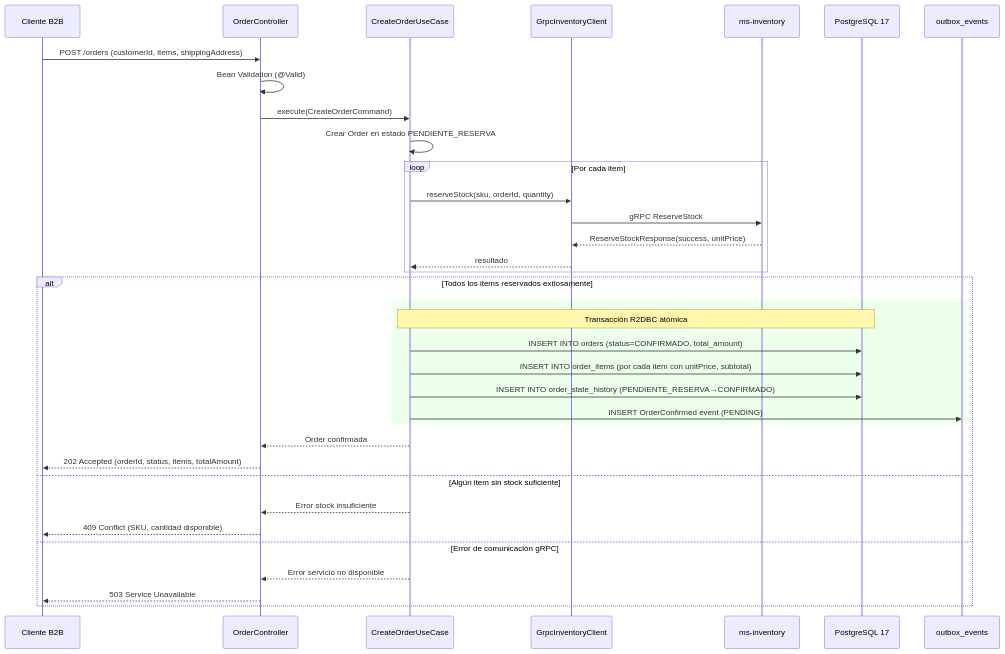
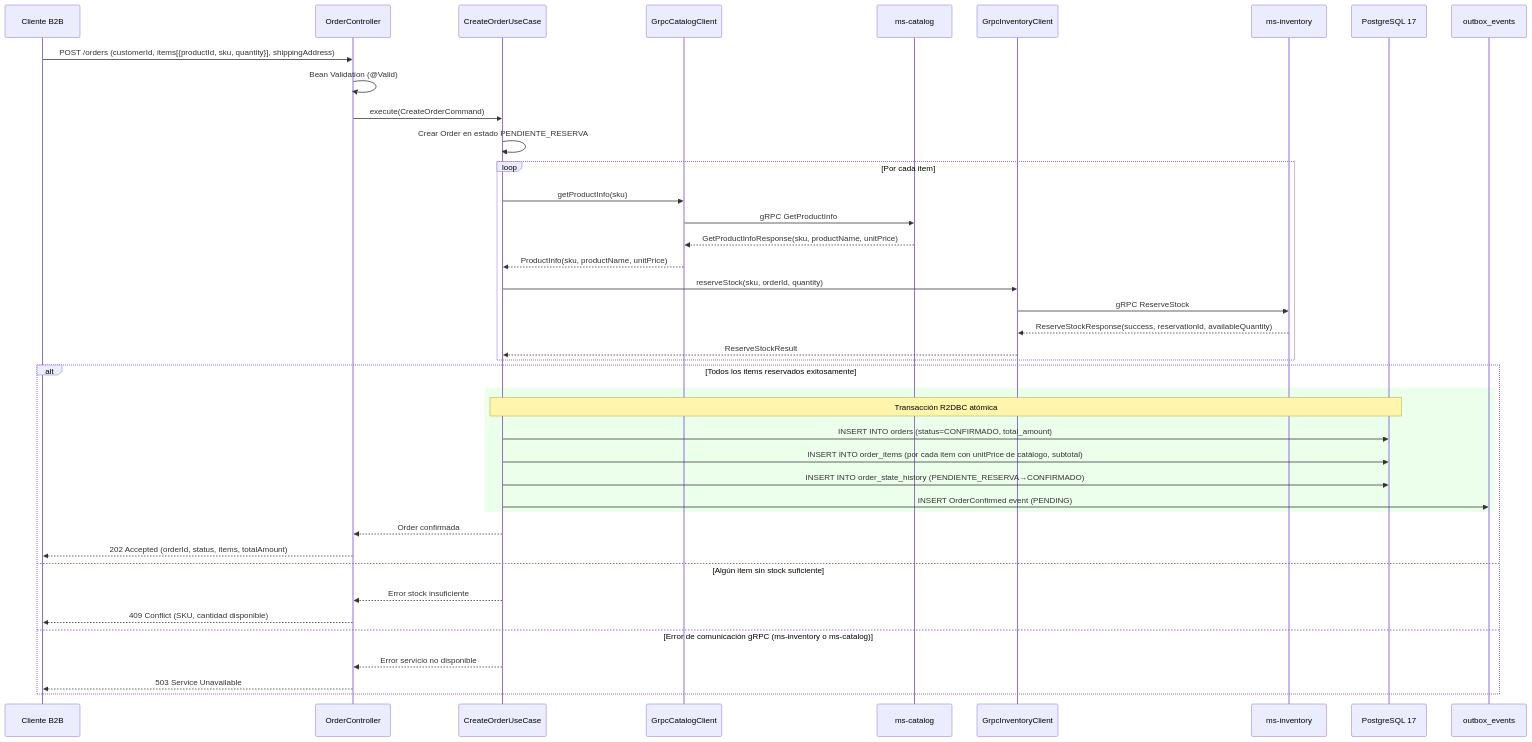
The second of 7 diagrams in .kiro/specs/ms-order/design.md (Saisho137/Arka), drawn with Mermaid before and after one commit. The commit also changed other lines of this file and 34 other files, not shown here.

````diff
--- a/.kiro/specs/ms-order/design.md
+++ b/.kiro/specs/ms-order/design.md
@@ -106,41 +111,48 @@
 ```mermaid
 sequenceDiagram
     participant Client as Cliente B2B
     participant Controller as OrderController
     participant UseCase as CreateOrderUseCase
+    participant gRPCCatalog as GrpcCatalogClient
+    participant Catalog as ms-catalog
     participant gRPC as GrpcInventoryClient
     participant Inventory as ms-inventory
     participant PG as PostgreSQL 17
     participant Outbox as outbox_events
 
-    Client->>Controller: POST /orders (customerId, items, shippingAddress)
+    Client->>Controller: POST /orders (customerId, items[{productId, sku, quantity}], shippingAddress)
     Controller->>Controller: Bean Validation (@Valid)
     Controller->>UseCase: execute(CreateOrderCommand)
 
     UseCase->>UseCase: Crear Order en estado PENDIENTE_RESERVA
 
     loop Por cada item
+        UseCase->>gRPCCatalog: getProductInfo(sku)
+        gRPCCatalog->>Catalog: gRPC GetProductInfo
+        Catalog-->>gRPCCatalog: GetProductInfoResponse(sku, productName, unitPrice)
+        gRPCCatalog-->>UseCase: ProductInfo(sku, productName, unitPrice)
+
         UseCase->>gRPC: reserveStock(sku, orderId, quantity)
         gRPC->>Inventory: gRPC ReserveStock
-        Inventory-->>gRPC: ReserveStockResponse(success, unitPrice)
-        gRPC-->>UseCase: resultado
+        Inventory-->>gRPC: ReserveStockResponse(success, reservationId, availableQuantity)
+        gRPC-->>UseCase: ReserveStockResult
     end
 
     alt Todos los items reservados exitosamente
         rect rgb(235, 255, 235)
             Note over UseCase,PG: Transacción R2DBC atómica
             UseCase->>PG: INSERT INTO orders (status=CONFIRMADO, total_amount)
-            UseCase->>PG: INSERT INTO order_items (por cada item con unitPrice, subtotal)
+            UseCase->>PG: INSERT INTO order_items (por cada item con unitPrice de catálogo, subtotal)
             UseCase->>PG: INSERT INTO order_state_history (PENDIENTE_RESERVA→CONFIRMADO)
             UseCase->>Outbox: INSERT OrderConfirmed event (PENDING)
         end
         UseCase-->>Controller: Order confirmada
         Controller-->>Client: 202 Accepted (orderId, status, items, totalAmount)
     else Algún item sin stock suficiente
         UseCase-->>Controller: Error stock insuficiente
         Controller-->>Client: 409 Conflict (SKU, cantidad disponible)
-    else Error de comunicación gRPC
+    else Error de comunicación gRPC (ms-inventory o ms-catalog)
         UseCase-->>Controller: Error servicio no disponible
         Controller-->>Client: 503 Service Unavailable
     end
 ```
````
